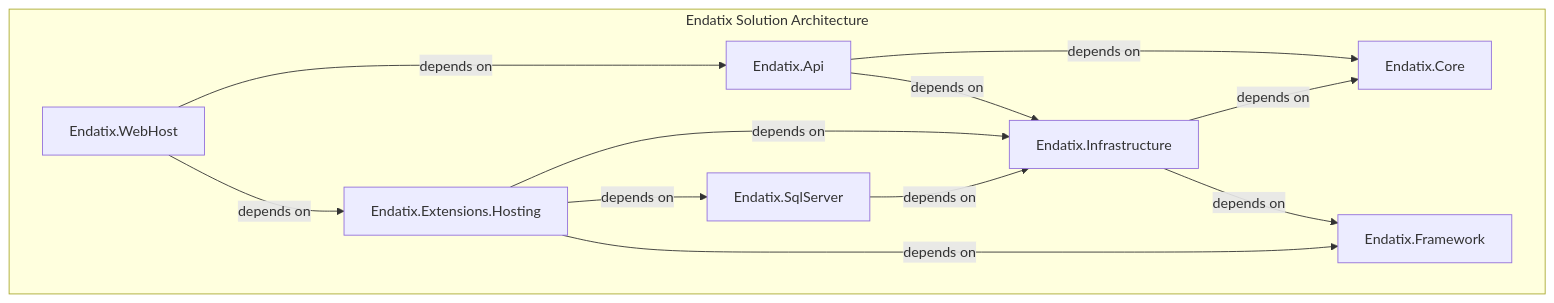
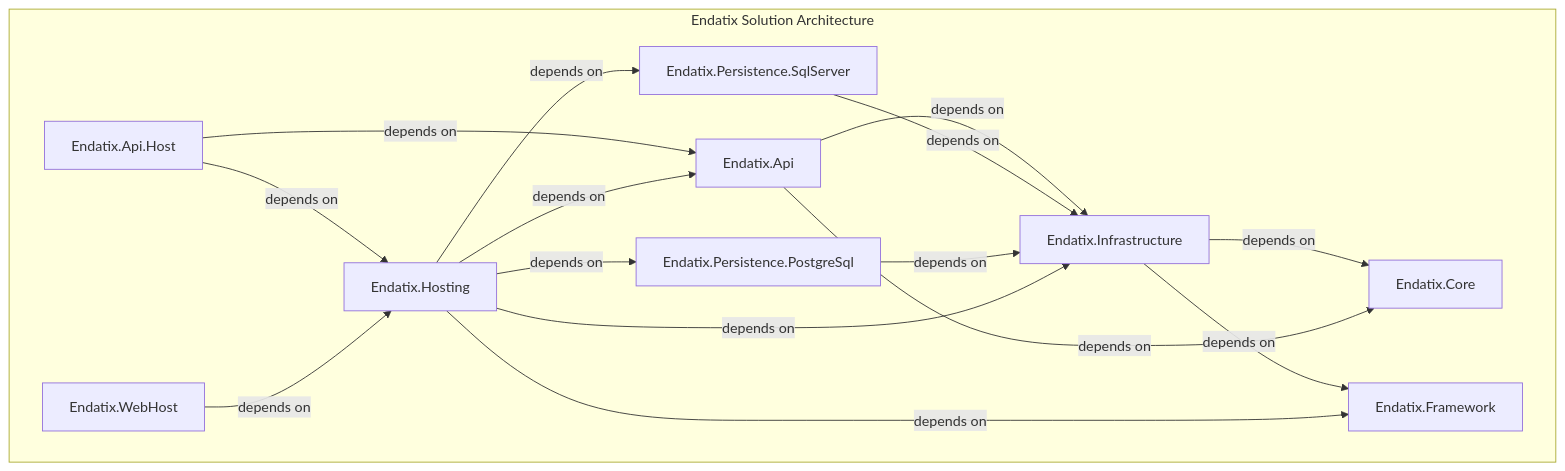
Before and after one commit to endatix/endatix: the diagram in docs/endatix-docs/docs/getting-started/architecture.md, drawn with Mermaid. The commit also changed other lines of this file, not shown here.

Commit message:
chore: Update architecture with new projects part of the solution (#412)

````diff
--- a/docs/endatix-docs/docs/getting-started/architecture.md
+++ b/docs/endatix-docs/docs/getting-started/architecture.md
@@ -21,17 +23,21 @@
 ```mermaid
 flowchart TD
     subgraph subGraph0["Endatix Solution Architecture"]
         B["Endatix.Core"]
+        D["Endatix.Framework"]
+        C["Endatix.Infrastructure"]
         A["Endatix.Api"]
-        C["Endatix.Infrastructure"]
-        D["Endatix.Framework"]
-        E["Endatix.Extensions.Hosting"]
-        F["Endatix.SqlServer"]
+        H["Endatix.Api.Host"]
+        F["Endatix.Persistence.SqlServer"]
+        I["Endatix.Persistence.PostgreSql"]
+        E["Endatix.Hosting"]
         G["Endatix.WebHost"]
     end
+    C -- depends on --> B & D
     A -- depends on --> B & C
-    C -- depends on --> B & D
-    E -- depends on --> C & D & F
     F -- depends on --> C
-    G -- depends on --> E & A
+    I -- depends on --> C
+    H -- depends on --> A & E
+    E -- depends on --> F & I & D & C & A
+    G -- depends on --> E
 ```
````
